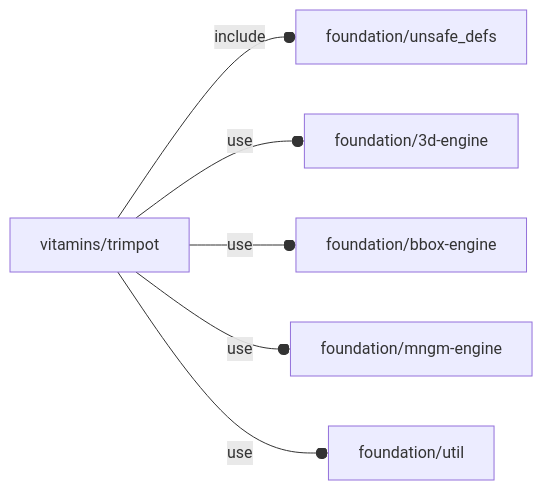
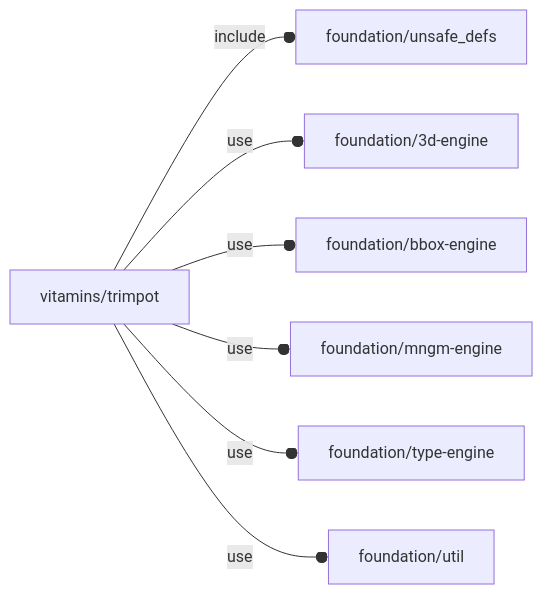
Before and after one commit to ggabbiani/OFL: the diagram in orthodocs/vitamins/trimpot.md, drawn with Mermaid. The commit also changed other lines of this file and 8 other files, not shown here.

````diff
--- a/orthodocs/vitamins/trimpot.md
+++ b/orthodocs/vitamins/trimpot.md
@@ -5,8 +5,9 @@
 ```mermaid
 graph LR
     A1[vitamins/trimpot] --o|include| A2[foundation/unsafe_defs]
     A1 --o|use| A3[foundation/3d-engine]
     A1 --o|use| A4[foundation/bbox-engine]
     A1 --o|use| A5[foundation/mngm-engine]
-    A1 --o|use| A6[foundation/util]
+    A1 --o|use| A6[foundation/type-engine]
+    A1 --o|use| A7[foundation/util]
 ```
````
